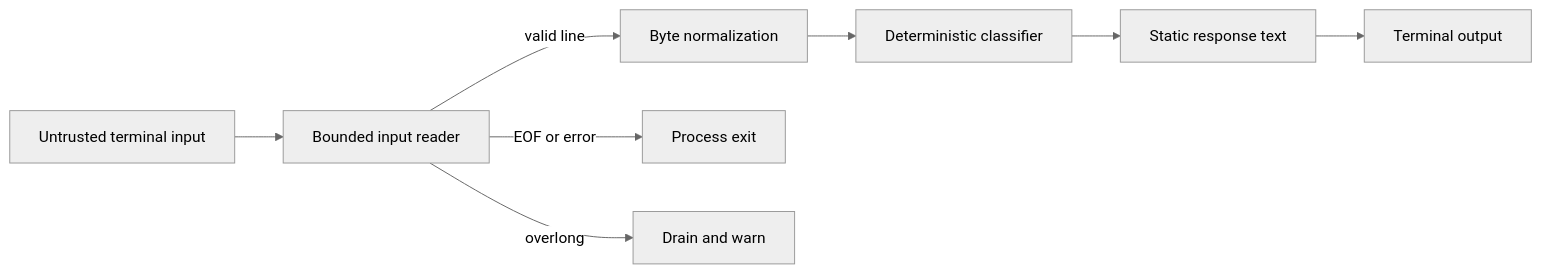
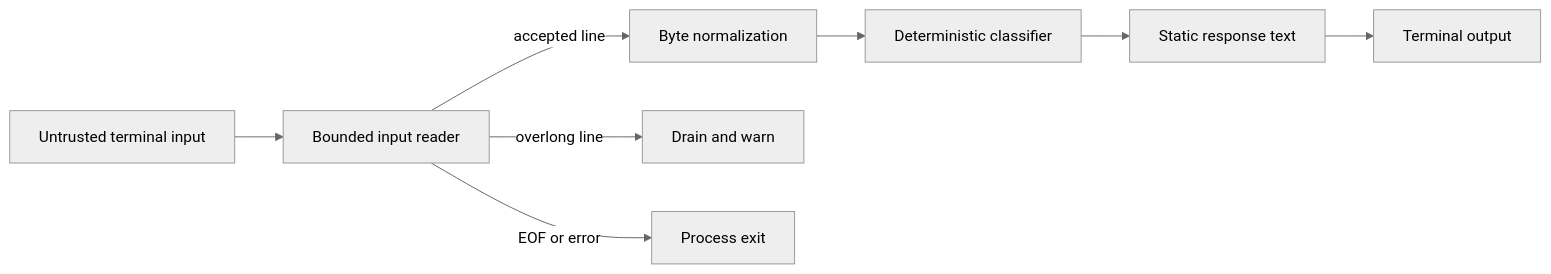
Before and after one commit to Brajesh31/chatbot-C-: the first of 2 diagrams in docs/security-architecture.md, drawn with Mermaid (neutral theme). The commit also changed other lines of this file and 4 other files, not shown here.

Commit message:
Expand architecture, data flow, security and maintenance documentation

```diff
--- a/docs/security-architecture.md
+++ b/docs/security-architecture.md
@@ -7,10 +7,10 @@
 ~~~mermaid
 flowchart LR
  U[Untrusted terminal input] --> R[Bounded input reader]
- R -->|valid line| N[Byte normalization]
+ R -->|accepted line| N[Byte normalization]
  N --> C[Deterministic classifier]
  C --> O[Static response text]
  O --> T[Terminal output]
+ R -->|overlong line| W[Drain and warn]
  R -->|EOF or error| X[Process exit]
- R -->|overlong| W[Drain and warn]
 ~~~
```
